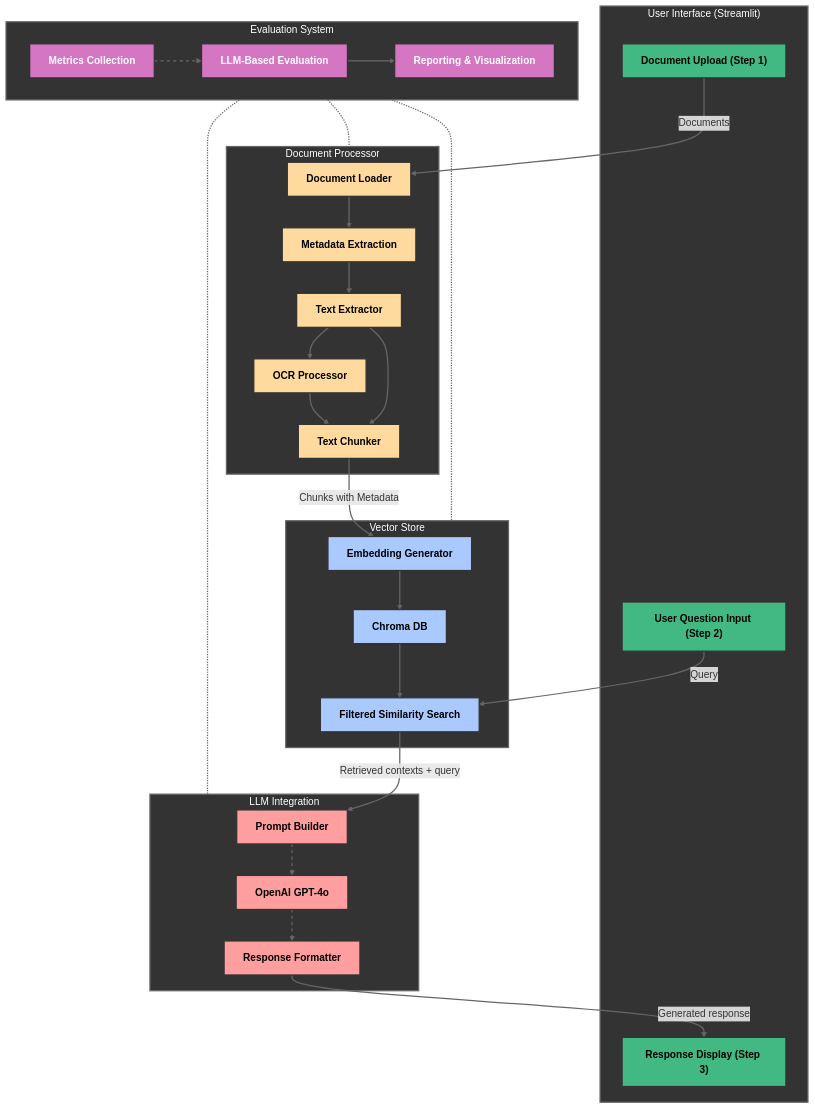
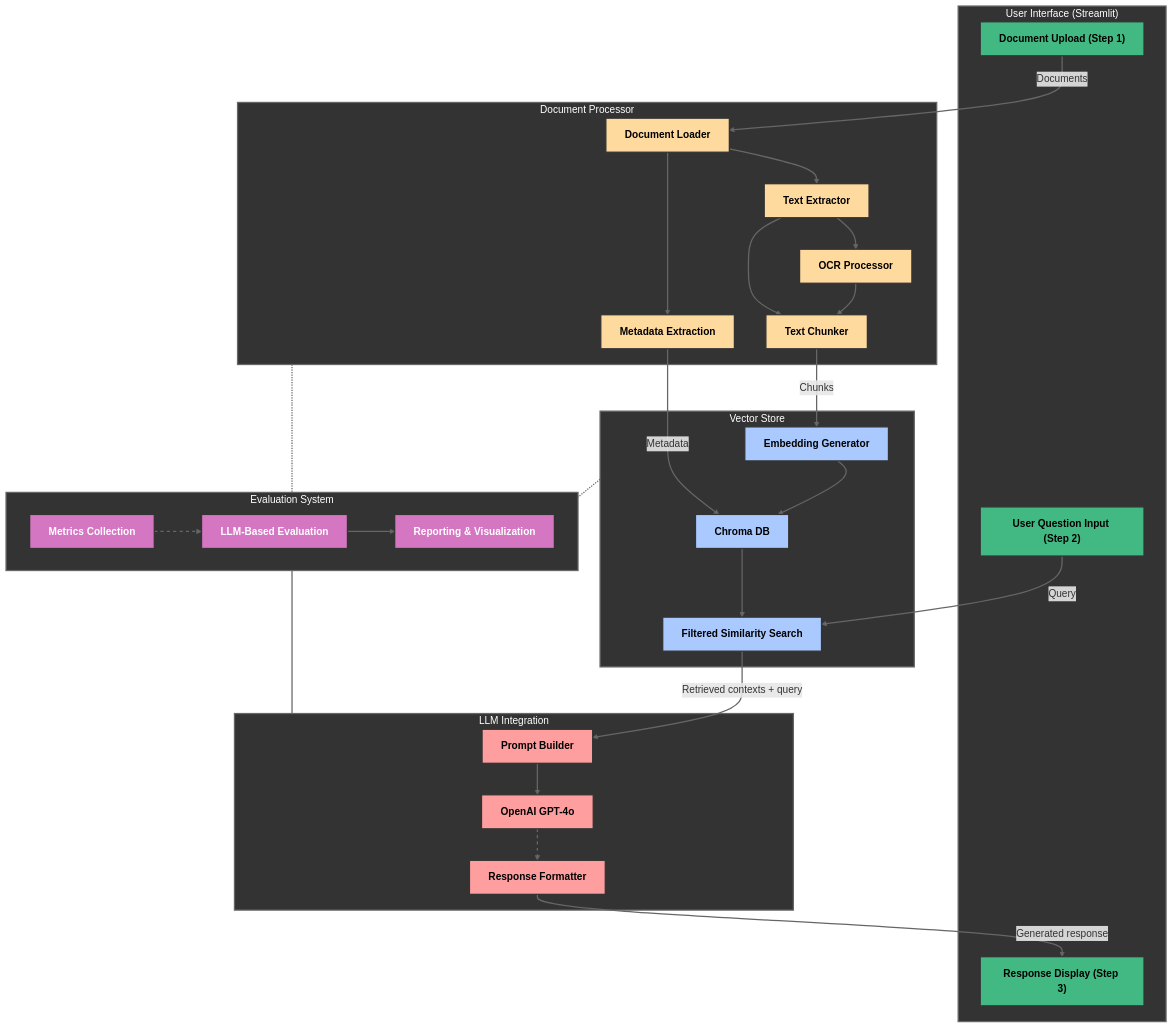
Before and after one commit to mdwaquarahmad/fortune500-rag: the diagram in README.md, drawn with Mermaid.

Commit message:
Documentation

````diff
--- a/README.md
+++ b/README.md
@@ -36,73 +36,72 @@
 ```mermaid
 flowchart TD
     %% User Interface Component
     subgraph UI["User Interface (Streamlit)"]
         style UI fill:#333333,stroke:#666666,stroke-width:2px,color:white
         A1["Document Upload (Step 1)"]
         A2["User Question Input (Step 2)"]
         A3["Response Display (Step 3)"]
     end
     
     %% Document Processor Component
     subgraph DP["Document Processor"]
         style DP fill:#333333,stroke:#666666,stroke-width:2px,color:white
-        B1["Document Loader"] --> B5["Metadata Extraction"]
-        B5 --> B2["Text Extractor"]
+        B1["Document Loader"] --> B2["Text Extractor"]
         B2 --> B3["OCR Processor"]
         B2 --> B4["Text Chunker"]
         B3 --> B4
+        B1 --> B5["Metadata Extraction"]
     end
     
     %% Vector Store Component
     subgraph VS["Vector Store"]
         style VS fill:#333333,stroke:#666666,stroke-width:2px,color:white
         C1["Embedding Generator"] ==> C2["Chroma DB"]
         C2 ==> C3["Filtered Similarity Search"]
     end
     
     %% LLM Integration Component
     subgraph LLM["LLM Integration"]
         style LLM fill:#333333,stroke:#666666,stroke-width:2px,color:white
         D1["Prompt Builder"] ==> D2["OpenAI GPT-4o"]
         D2 --> D3["Response Formatter"]
     end
     
     %% Evaluation System Component
     subgraph EVAL["Evaluation System"]
         style EVAL fill:#333333,stroke:#666666,stroke-width:2px,color:white
         E1["Metrics Collection"] --> E2["LLM-Based Evaluation"]
         E2 --> E3["Reporting & Visualization"]
     end
     
     %% Main Data Flow Connections - Solid Lines
     A1 -- "Documents" --> B1
-    B4 -- "Chunks with Metadata" --> C1
+    B4 -- "Chunks" --> C1
+    B5 -- "Metadata" --> C2
     A2 -- "Query" --> C3
     C3 -- "Retrieved contexts + query" --> D1
     D3 -- "Generated response" --> A3
     
-    %% Evaluation System Connection - Horizontal Line
-    EVAL -.- LLM
-    
-    %% Other evaluation connections
-    EVAL -.- DP
-    EVAL -.- VS
+    %% Evaluation System Connections - Now with horizontal line to LLM
+    EVAL --- LLM
+    DP -.- EVAL
+    VS -.- EVAL
     
     %% Styling for specific components
     classDef uiComponents fill:#42b983,stroke:#333,stroke-width:2px,color:black,font-weight:bold
     classDef dpComponents fill:#ffda9e,stroke:#333,stroke-width:2px,color:black,font-weight:bold
     classDef vsComponents fill:#aac9ff,stroke:#333,stroke-width:2px,color:black,font-weight:bold
     classDef llmComponents fill:#ff9e9e,stroke:#333,stroke-width:2px,color:black,font-weight:bold
     classDef evalComponents fill:#d576c3,stroke:#333,stroke-width:2px,color:white,font-weight:bold
     
     %% Apply styles to components
     class A1,A2,A3 uiComponents
     class B1,B2,B3,B4,B5 dpComponents
     class C1,C2,C3 vsComponents
     class D1,D2,D3 llmComponents
     class E1,E2,E3 evalComponents
     
     %% Link styling
     linkStyle default stroke:#666,stroke-width:2px
-    linkStyle 7,8,9 stroke:#666,stroke-width:2px,stroke-dasharray:5 5
+    linkStyle 8,9 stroke:#666,stroke-width:2px,stroke-dasharray:5 5
 ```
````
